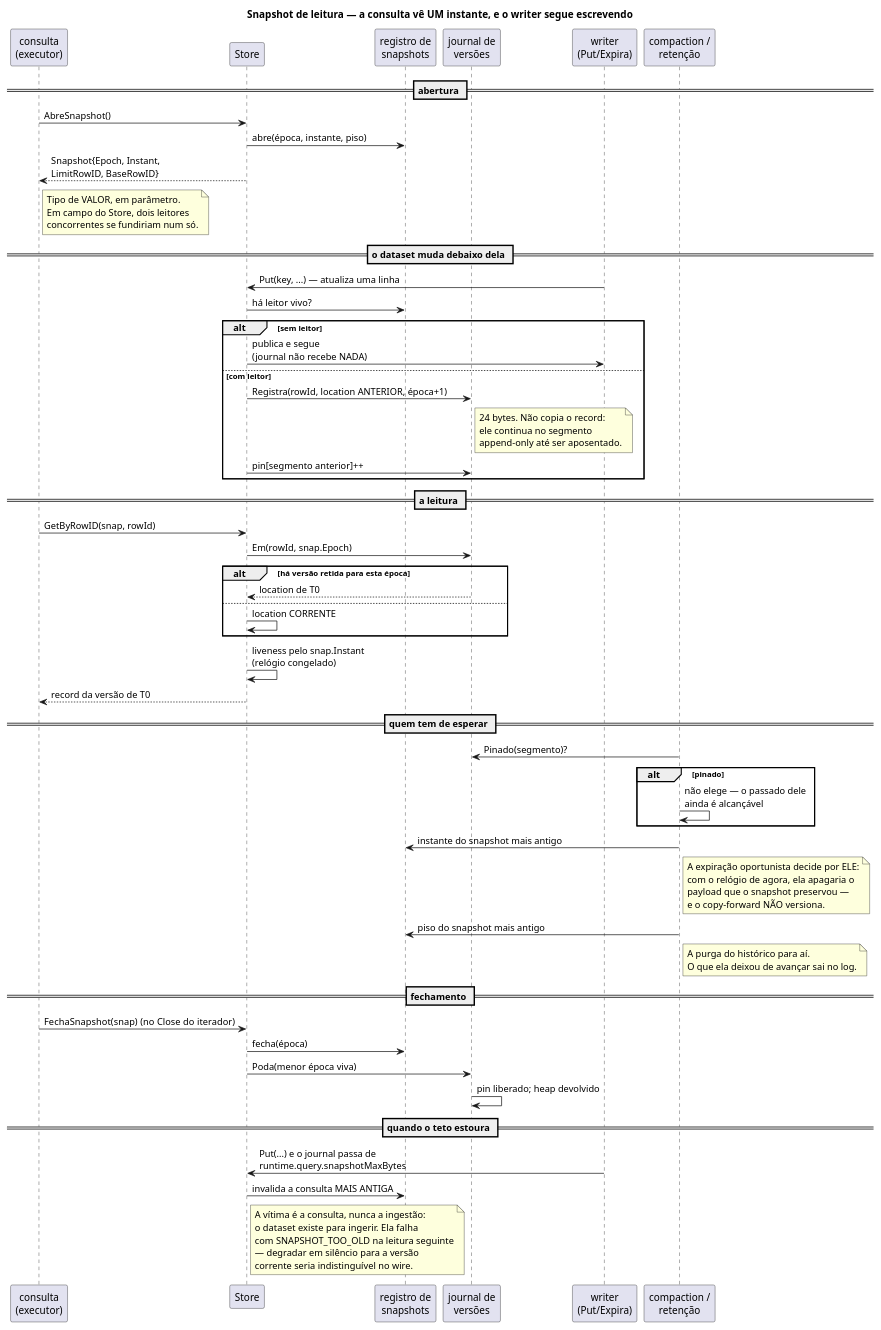
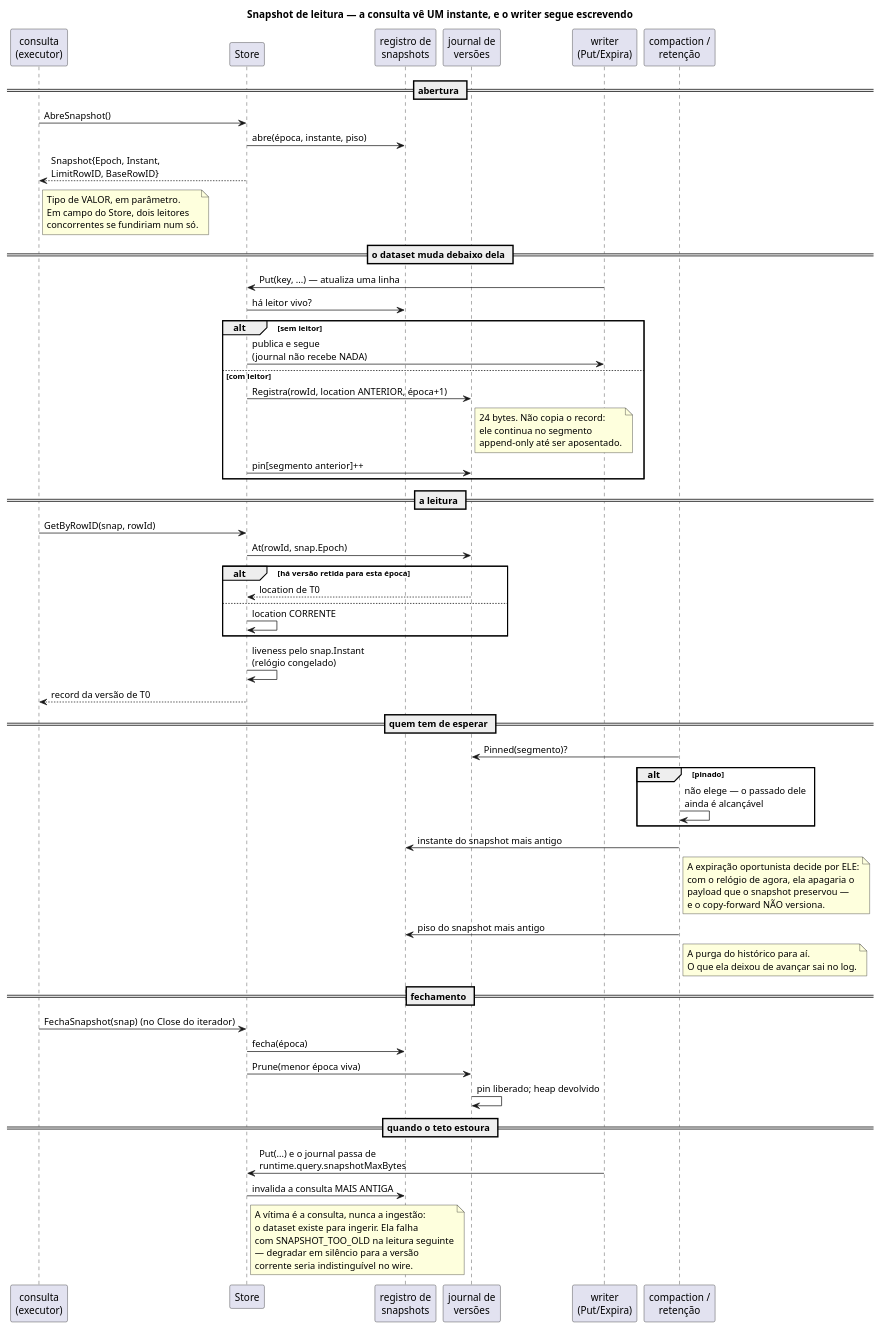
One commit to nishisan-dev/nishidb changed the diagram in docs/diagrams/snapshot_isolamento.puml. Above: the diagram before and after it, drawn with PlantUML. The commit also changed 27 other files, not shown here.

```diff
--- a/docs/diagrams/snapshot_isolamento.puml
+++ b/docs/diagrams/snapshot_isolamento.puml
@@ -1,81 +1,81 @@
 @startuml snapshot_isolamento
 title Snapshot de leitura — a consulta vê UM instante, e o writer segue escrevendo
 
 participant "consulta\n(executor)" as q
 participant "Store" as st
 participant "registro de\nsnapshots" as reg
 participant "journal de\nversões" as jr
 participant "writer\n(Put/Expira)" as w
 participant "compaction /\nretenção" as c
 
 == abertura ==
 q -> st : AbreSnapshot()
 st -> reg : abre(época, instante, piso)
 st --> q : Snapshot{Epoch, Instant,\nLimitRowID, BaseRowID}
 note right of q
   Tipo de VALOR, em parâmetro.
   Em campo do Store, dois leitores
   concorrentes se fundiriam num só.
 end note
 
 == o dataset muda debaixo dela ==
 w -> st : Put(key, ...) — atualiza uma linha
 st -> reg : há leitor vivo?
 alt sem leitor
   st -> w : publica e segue\n(journal não recebe NADA)
 else com leitor
   st -> jr : Registra(rowId, location ANTERIOR, época+1)
   note right of jr
     24 bytes. Não copia o record:
     ele continua no segmento
     append-only até ser aposentado.
   end note
   st -> jr : pin[segmento anterior]++
 end
 
 == a leitura ==
 q -> st : GetByRowID(snap, rowId)
-st -> jr : Em(rowId, snap.Epoch)
+st -> jr : At(rowId, snap.Epoch)
 alt há versão retida para esta época
   jr --> st : location de T0
 else
   st -> st : location CORRENTE
 end
 st -> st : liveness pelo snap.Instant\n(relógio congelado)
 st --> q : record da versão de T0
 
 == quem tem de esperar ==
-c -> jr : Pinado(segmento)?
+c -> jr : Pinned(segmento)?
 alt pinado
   c -> c : não elege — o passado dele\nainda é alcançável
 end
 c -> reg : instante do snapshot mais antigo
 note right of c
   A expiração oportunista decide por ELE:
   com o relógio de agora, ela apagaria o
   payload que o snapshot preservou —
   e o copy-forward NÃO versiona.
 end note
 c -> reg : piso do snapshot mais antigo
 note right of c
   A purga do histórico para aí.
   O que ela deixou de avançar sai no log.
 end note
 
 == fechamento ==
 q -> st : FechaSnapshot(snap)  (no Close do iterador)
 st -> reg : fecha(época)
-st -> jr : Poda(menor época viva)
+st -> jr : Prune(menor época viva)
 jr -> jr : pin liberado; heap devolvido
 
 == quando o teto estoura ==
 w -> st : Put(...) e o journal passa de\nruntime.query.snapshotMaxBytes
 st -> reg : invalida a consulta MAIS ANTIGA
 note right of st
   A vítima é a consulta, nunca a ingestão:
   o dataset existe para ingerir. Ela falha
   com SNAPSHOT_TOO_OLD na leitura seguinte
   — degradar em silêncio para a versão
   corrente seria indistinguível no wire.
 end note
 @enduml
```
